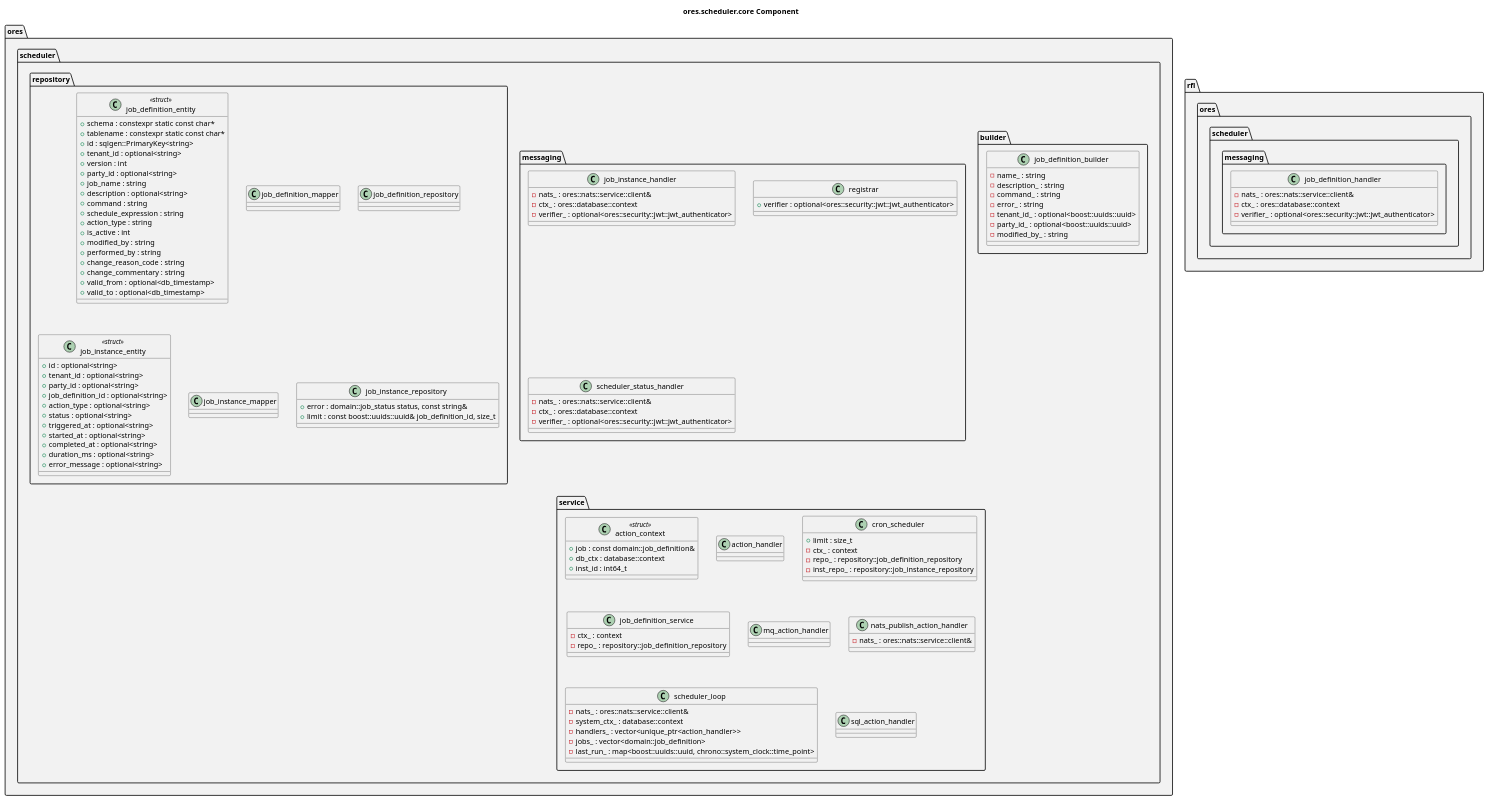
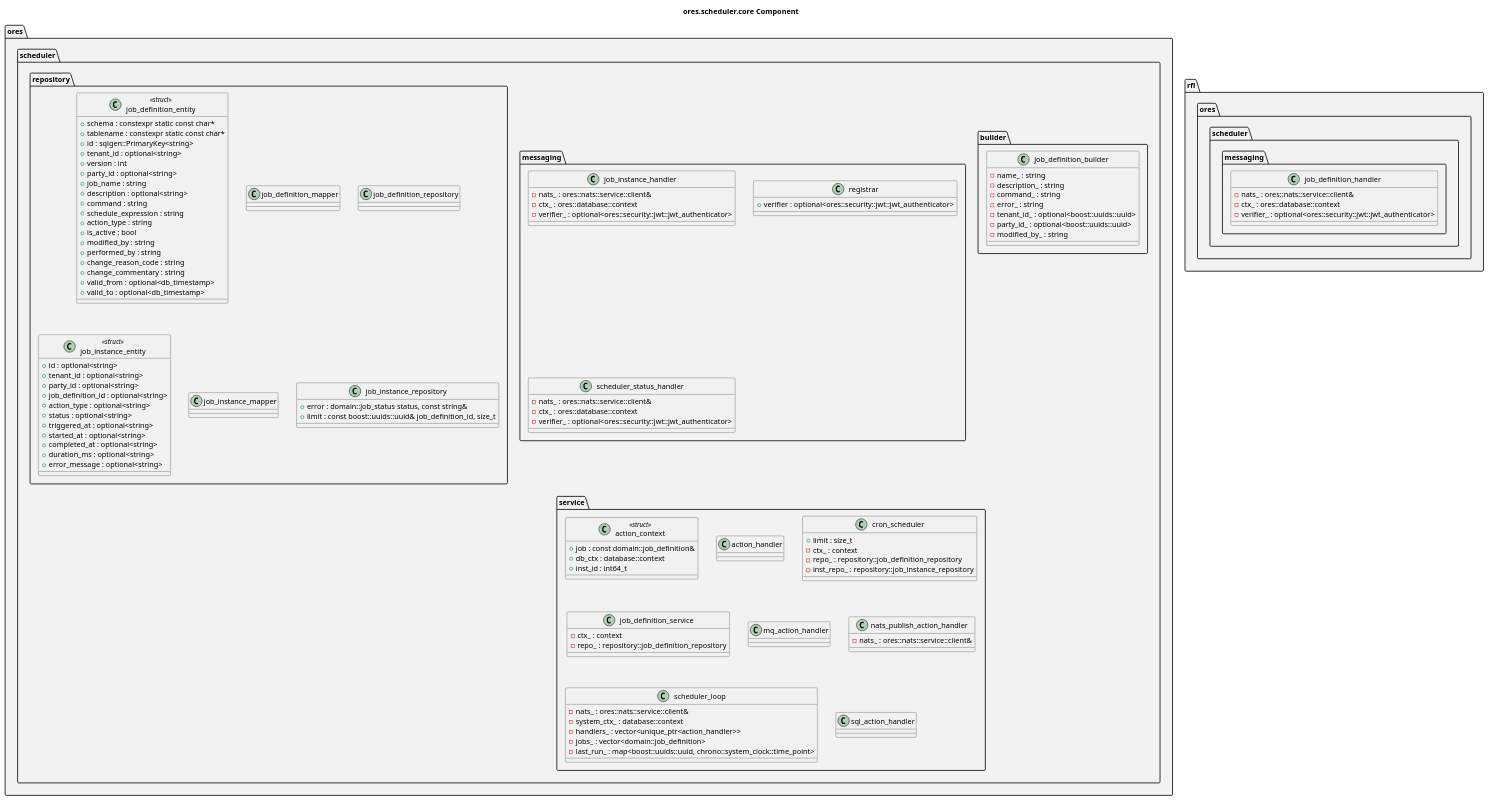
The diagram in projects/ores.scheduler/core/modeling/ores.scheduler.core.puml (OreStudio/OreStudio), drawn with PlantUML before and after one commit. The commit also changed 12 other files, not shown here.

```diff
--- a/projects/ores.scheduler/core/modeling/ores.scheduler.core.puml
+++ b/projects/ores.scheduler/core/modeling/ores.scheduler.core.puml
@@ -18,134 +18,134 @@
 @startuml
 
 title ores.scheduler.core Component
 
 set namespaceSeparator ::
 
 namespace ores #F2F2F2 {
     namespace scheduler #F2F2F2 {
         namespace builder #F2F2F2 {
             class job_definition_builder {
                 -name_ : string
                 -description_ : string
                 -command_ : string
                 -error_ : string
                 -tenant_id_ : optional<boost::uuids::uuid>
                 -party_id_ : optional<boost::uuids::uuid>
                 -modified_by_ : string
             }
         }
         namespace messaging #F2F2F2 {
             class job_instance_handler {
                 -nats_ : ores::nats::service::client&
                 -ctx_ : ores::database::context
                 -verifier_ : optional<ores::security::jwt::jwt_authenticator>
             }
             class registrar {
                 +verifier : optional<ores::security::jwt::jwt_authenticator>
             }
             class scheduler_status_handler {
                 -nats_ : ores::nats::service::client&
                 -ctx_ : ores::database::context
                 -verifier_ : optional<ores::security::jwt::jwt_authenticator>
             }
         }
         namespace repository #F2F2F2 {
             class job_definition_entity <<struct>> {
                 +schema : constexpr static const char*
                 +tablename : constexpr static const char*
                 +id : sqlgen::PrimaryKey<string>
                 +tenant_id : optional<string>
                 +version : int
                 +party_id : optional<string>
                 +job_name : string
                 +description : optional<string>
                 +command : string
                 +schedule_expression : string
                 +action_type : string
-                +is_active : int
+                +is_active : bool
                 +modified_by : string
                 +performed_by : string
                 +change_reason_code : string
                 +change_commentary : string
                 +valid_from : optional<db_timestamp>
                 +valid_to : optional<db_timestamp>
             }
             class job_definition_mapper {
             }
             class job_definition_repository {
             }
             class job_instance_entity <<struct>> {
                 +id : optional<string>
                 +tenant_id : optional<string>
                 +party_id : optional<string>
                 +job_definition_id : optional<string>
                 +action_type : optional<string>
                 +status : optional<string>
                 +triggered_at : optional<string>
                 +started_at : optional<string>
                 +completed_at : optional<string>
                 +duration_ms : optional<string>
                 +error_message : optional<string>
             }
             class job_instance_mapper {
             }
             class job_instance_repository {
                 +error : domain::job_status status, const string&
                 +limit : const boost::uuids::uuid& job_definition_id, size_t
             }
         }
         namespace service #F2F2F2 {
             class action_context <<struct>> {
                 +job : const domain::job_definition&
                 +db_ctx : database::context
                 +inst_id : int64_t
             }
             class action_handler {
             }
             class cron_scheduler {
                 +limit : size_t
                 -ctx_ : context
                 -repo_ : repository::job_definition_repository
                 -inst_repo_ : repository::job_instance_repository
             }
             class job_definition_service {
                 -ctx_ : context
                 -repo_ : repository::job_definition_repository
             }
             class mq_action_handler {
             }
             class nats_publish_action_handler {
                 -nats_ : ores::nats::service::client&
             }
             class scheduler_loop {
                 -nats_ : ores::nats::service::client&
                 -system_ctx_ : database::context
                 -handlers_ : vector<unique_ptr<action_handler>>
                 -jobs_ : vector<domain::job_definition>
                 -last_run_ : map<boost::uuids::uuid, chrono::system_clock::time_point>
             }
             class sql_action_handler {
             }
         }
     }
 }
 namespace rfl #F2F2F2 {
     namespace ores #F2F2F2 {
         namespace scheduler #F2F2F2 {
             namespace messaging #F2F2F2 {
                 class job_definition_handler {
                     -nats_ : ores::nats::service::client&
                     -ctx_ : ores::database::context
                     -verifier_ : optional<ores::security::jwt::jwt_authenticator>
                 }
             }
         }
     }
 }
 
 ' --- manual: everything below this line is hand-authored; the script preserves it ---
 
 ' Local Variables:
 ' compile-command: "java -Djava.awt.headless=true -DPLANTUML_SECURITY_PROFILE=UNSECURE -DPLANTUML_LIMIT_SIZE=65535 -jar /usr/share/plantuml/plantuml.jar ores.scheduler.core.puml"
 ' End:
 @enduml
```
